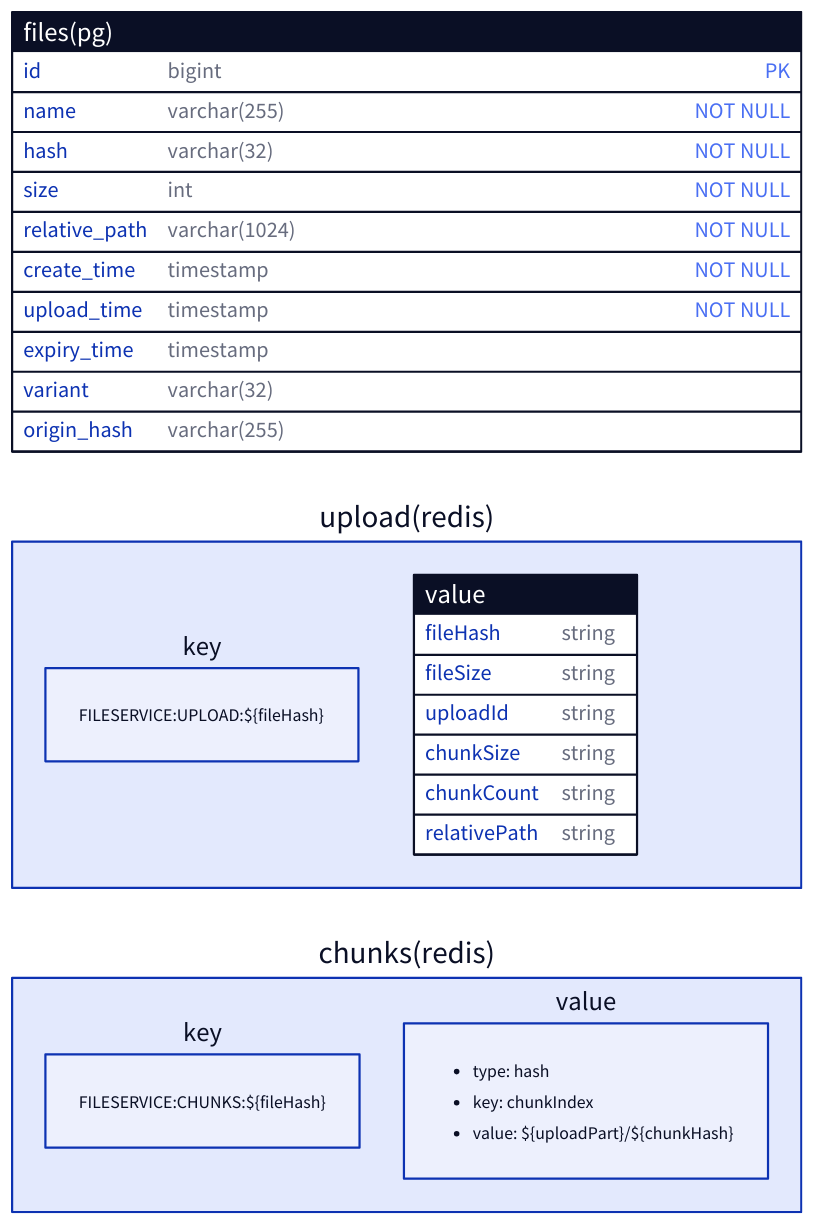
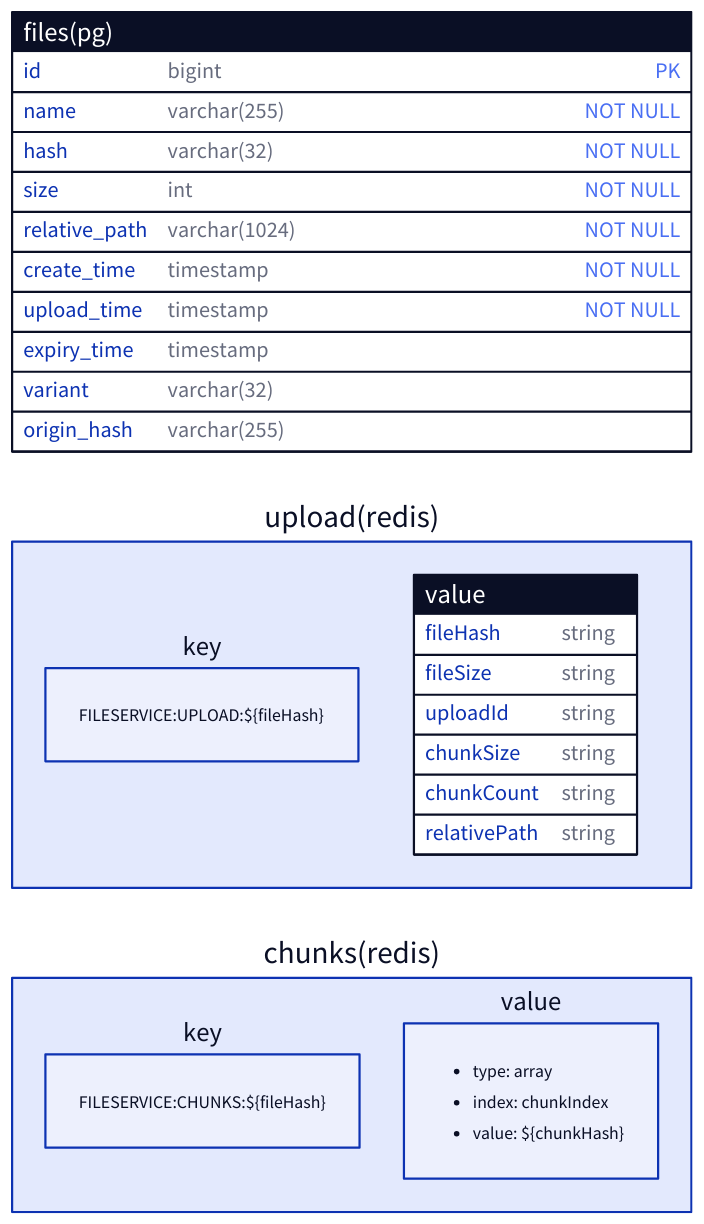
The diagram in design/database.d2 (niuiic/file-service), drawn with D2 before and after one commit. The commit also changed 9 other files, not shown here.

```diff
--- a/design/database.d2
+++ b/design/database.d2
@@ -1,65 +1,65 @@
 grid-rows: 3
 
 files: files(pg) {
   shape: sql_table
 
   id: bigint {
     constraint: PK
   }
   name: varchar(255) {
     constraint: NOT NULL
   }
   hash: varchar(32) {
     constraint: NOT NULL
   }
   size: int {
     constraint: NOT NULL
   }
   relative_path: varchar(1024) {
     constraint: NOT NULL
   }
   create_time: timestamp {
     constraint: NOT NULL
   }
   upload_time: timestamp {
     constraint: NOT NULL
   }
   expiry_time: timestamp
   variant: varchar(32)
   origin_hash: varchar(255)
 }
 
 upload: upload(redis) {
   key: {
     explanation: |md
       FILESERVICE:UPLOAD:${fileHash}
     |
   }
 
   value: {
     shape: sql_table
 
     fileHash: string
     fileSize: string
     uploadId: string
     chunkSize: string
     chunkCount: string
     relativePath: string
   }
 }
 
 chunks: chunks(redis) {
   key: {
     explanation: |md
       FILESERVICE:CHUNKS:${fileHash}
     |
   }
 
   value: {
     explanation: |md
-      - type: hash
-      - key: chunkIndex
-      - value: ${uploadPart}/${chunkHash}
+      - type: array
+      - index: chunkIndex
+      - value: ${chunkHash}
     |
   }
 }
```
